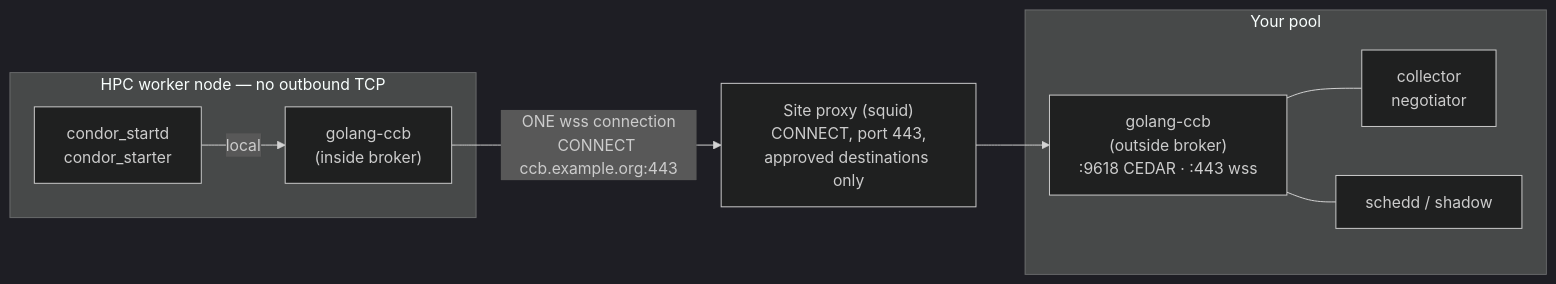
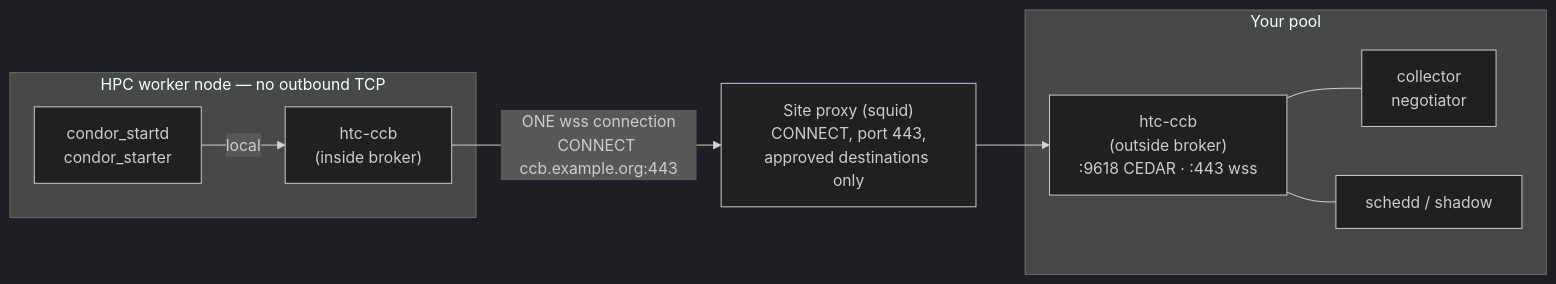
Before and after one commit to bbockelm/golang-ccb: the first of 3 diagrams in docs/ADMIN_TUNNELING.md, drawn with Mermaid (dark theme). The commit also changed other lines of this file and 26 other files, not shown here.

````diff
--- a/docs/ADMIN_TUNNELING.md
+++ b/docs/ADMIN_TUNNELING.md
@@ -37,21 +37,21 @@
 ```mermaid
 flowchart LR
     subgraph HPC["HPC worker node — no outbound TCP"]
         STARTD["condor_startd<br/>condor_starter"]
-        INSIDE["golang-ccb<br/>(inside broker)"]
+        INSIDE["htc-ccb<br/>(inside broker)"]
         STARTD -->|"local"| INSIDE
     end
 
     SQUID["Site proxy (squid)<br/>CONNECT, port 443,<br/>approved destinations only"]
 
     subgraph POOL["Your pool"]
-        OUTSIDE["golang-ccb<br/>(outside broker)<br/>:9618 CEDAR · :443 wss"]
+        OUTSIDE["htc-ccb<br/>(outside broker)<br/>:9618 CEDAR · :443 wss"]
         CM["collector<br/>negotiator"]
         SCHEDD["schedd / shadow"]
         OUTSIDE --- CM
         OUTSIDE --- SCHEDD
     end
 
     INSIDE -->|"ONE wss connection<br/>CONNECT ccb.example.org:443"| SQUID
     SQUID --> OUTSIDE
 ```
````
